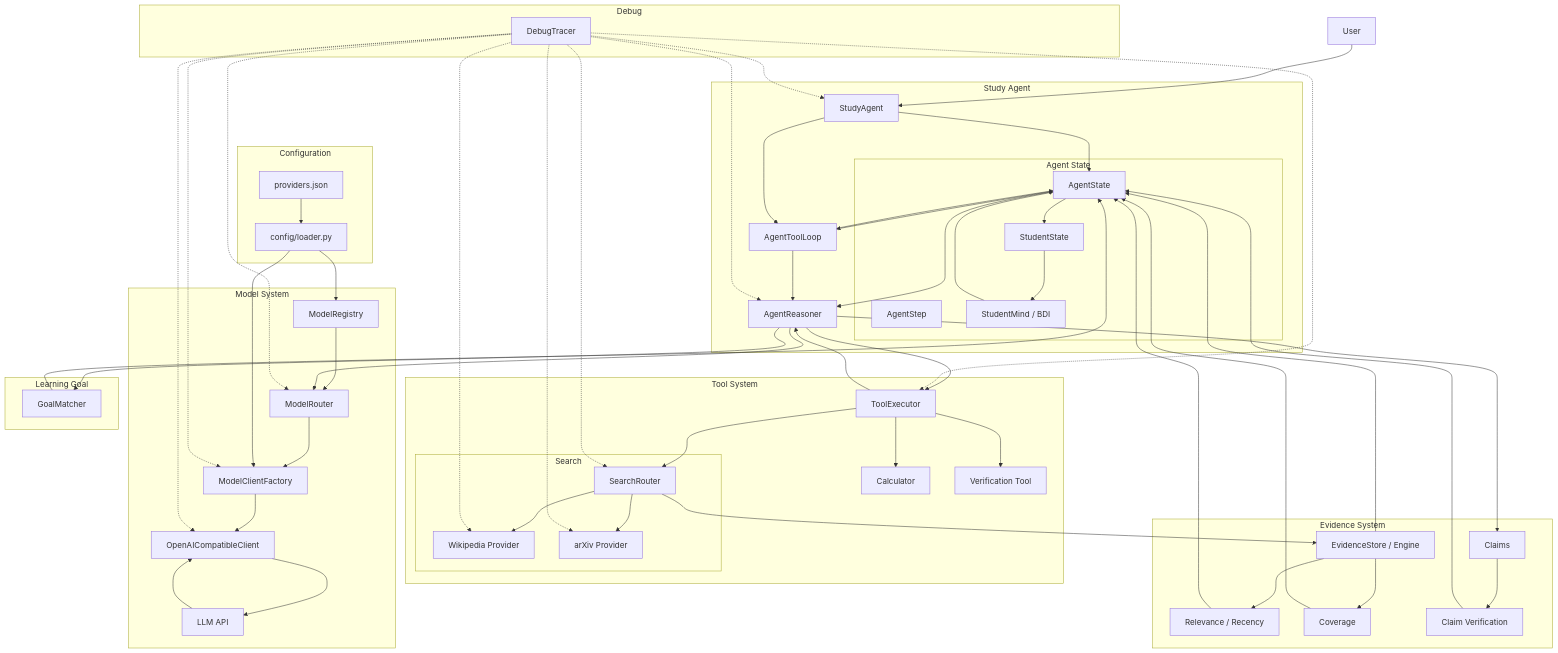
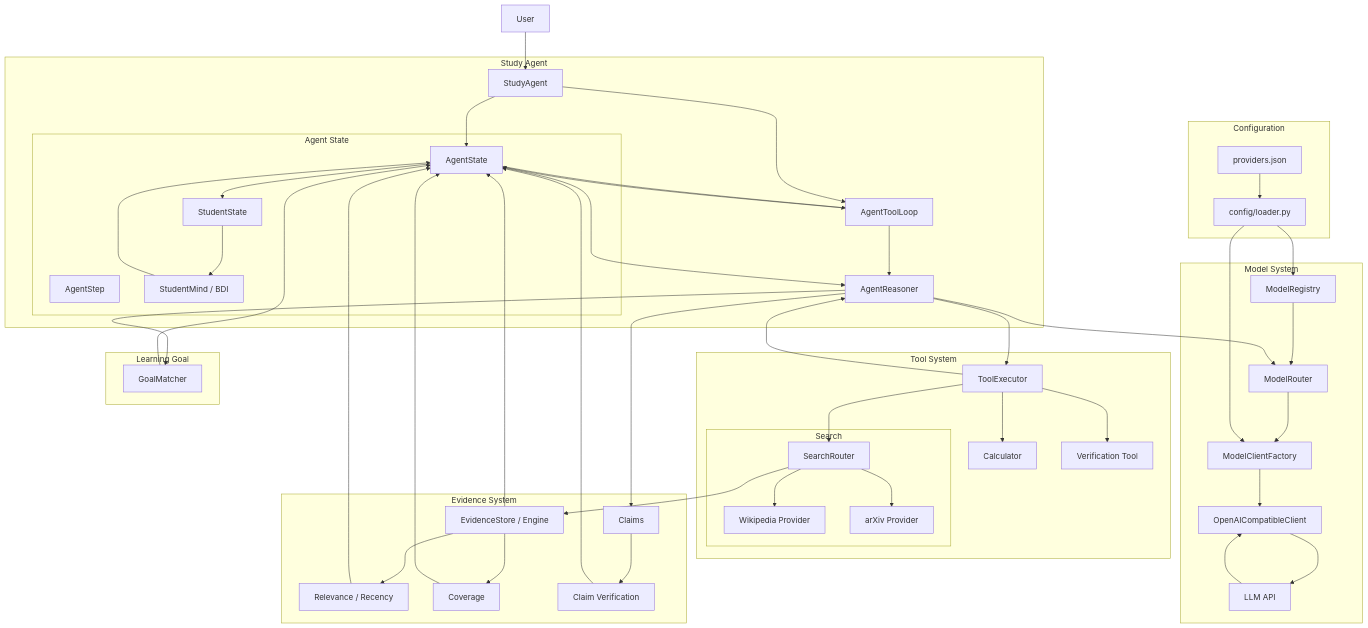
One commit to Erdoschn/Study-agent changed the first of 3 diagrams in README.md. Above: the diagram before and after it, drawn with Mermaid. The commit also changed other lines of this file, not shown here.

Commit message:
docs: separate debug tracer architecture

````diff
--- a/README.md
+++ b/README.md
@@ -87,10 +87,6 @@
         GOALMATCH["GoalMatcher"]
     end
 
-    subgraph DEBUG["Debug"]
-        TRACE["DebugTracer"]
-    end
-
     USER --> SA
 
     LOADER --> REGISTRY
@@ -109,13 +105,4 @@
 
     AS --> REASONER
 
-    TRACE -.-> SA
-    TRACE -.-> REASONER
-    TRACE -.-> ROUTER
-    TRACE -.-> FACTORY
-    TRACE -.-> CLIENT
-    TRACE -.-> EXECUTOR
-    TRACE -.-> SEARCH_ROUTER
-    TRACE -.-> WIKI
-    TRACE -.-> ARXIV
 ```
````
